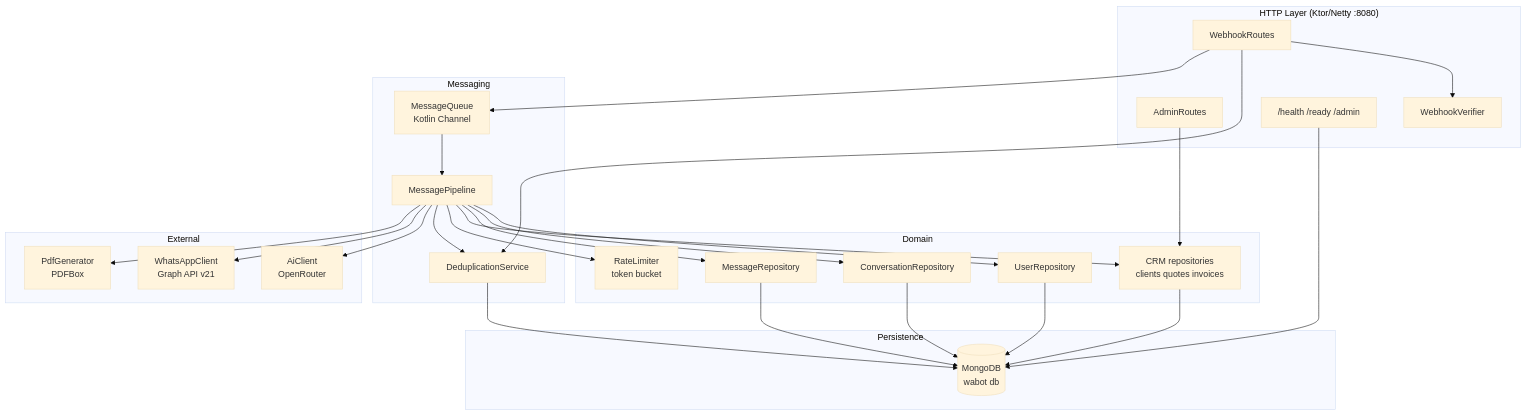
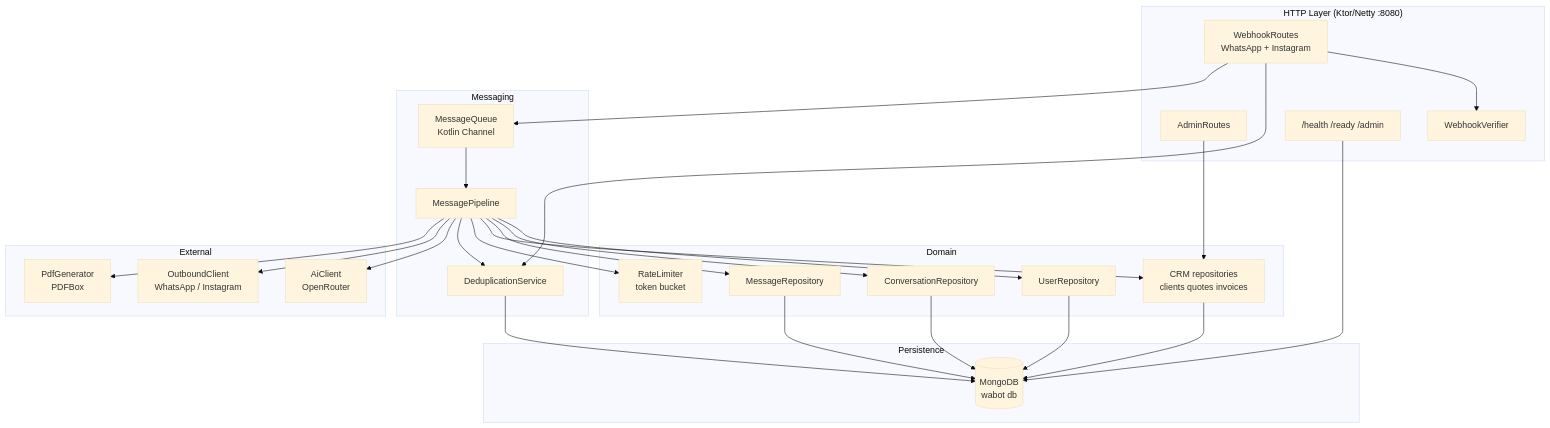
Before and after one commit to rfm-9300/rfm-edubot: the second of 2 diagrams in docs/architecture.md, drawn with Mermaid (base theme). The commit also changed other lines of this file and 48 other files, not shown here.

````diff
--- a/docs/architecture.md
+++ b/docs/architecture.md
@@ -53,45 +53,45 @@
 ```mermaid
 graph TD
     subgraph HTTP["HTTP Layer (Ktor/Netty :8080)"]
-        WR[WebhookRoutes]
+        WR[WebhookRoutes<br/>WhatsApp + Instagram]
         AR[AdminRoutes]
         WV[WebhookVerifier]
         Health["/health  /ready  /admin"]
     end
 
     subgraph Messaging
         MQ[MessageQueue<br/>Kotlin Channel]
         MP[MessagePipeline]
         DS[DeduplicationService]
     end
 
     subgraph Domain
         UR[UserRepository]
         CR[ConversationRepository]
         MR[MessageRepository]
         CRM[CRM repositories<br/>clients quotes invoices]
         RL[RateLimiter<br/>token bucket]
     end
 
     subgraph External
         AI[AiClient<br/>OpenRouter]
-        WC[WhatsAppClient<br/>Graph API v21]
+        OC[OutboundClient<br/>WhatsApp / Instagram]
         PDF[PdfGenerator<br/>PDFBox]
     end
 
     subgraph Persistence
         Mongo[(MongoDB<br/>wabot db)]
     end
 
     WR --> WV
     WR --> DS
     WR --> MQ
     MQ --> MP
     MP --> UR & CR & MR & CRM & RL & DS
     MP --> AI
-    MP --> WC
+    MP --> OC
     MP --> PDF
     AR --> CRM
     UR & CR & MR & CRM & DS --> Mongo
     Health --> Mongo
 ```
````
